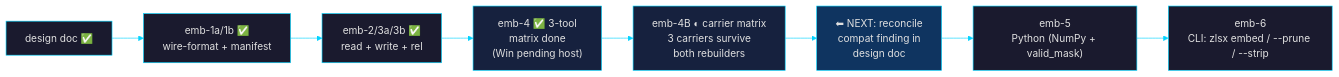
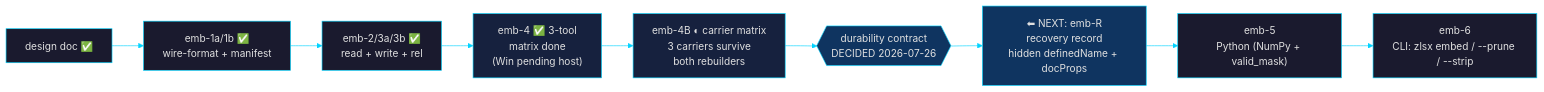
Before and after one commit to laurentfabre/zlsx: the diagram in goal.md, drawn with Mermaid. The commit also changed other lines of this file and 2 other files, not shown here.

First line of the commit message:
docs(emb): decide the durability contract gating emb-5 (#126)

````diff
--- a/goal.md
+++ b/goal.md
@@ -27,14 +28,16 @@
 ```mermaid
 %%{init: {'theme': 'base', 'themeVariables': {'primaryColor': '#1a1a2e', 'primaryTextColor': '#e0e0e0', 'primaryBorderColor': '#00d4ff', 'lineColor': '#00d4ff', 'secondaryColor': '#16213e', 'tertiaryColor': '#0f3460', 'fontFamily': 'monospace'}}}%%
 graph LR
     D["design doc ✅"] --> E1["emb-1a/1b ✅<br/>wire-format + manifest"]
     E1 --> E2["emb-2/3a/3b ✅<br/>read + write + rel"]
     E2 --> E4["emb-4 ✅ 3-tool<br/>matrix done<br/>(Win pending host)"]
     E4 --> E4B["emb-4B ◐ carrier matrix<br/>3 carriers survive<br/>both rebuilders"]
-    E4B --> RX["⬅ NEXT: reconcile<br/>compat finding in<br/>design doc"]
-    RX --> E5["emb-5<br/>Python (NumPy + valid_mask)"]
+    E4B --> DEC{{"durability contract<br/>DECIDED 2026-07-26"}}
+    DEC --> ER["⬅ NEXT: emb-R<br/>recovery record<br/>hidden definedName + docProps"]
+    ER --> E5["emb-5<br/>Python (NumPy + valid_mask)"]
     E5 --> E6["emb-6<br/>CLI: zlsx embed / --prune / --strip"]
     style E4 fill:#16213e
     style E4B fill:#16213e
-    style RX fill:#0f3460
+    style DEC fill:#0f3460
+    style ER fill:#0f3460
 ```
````
